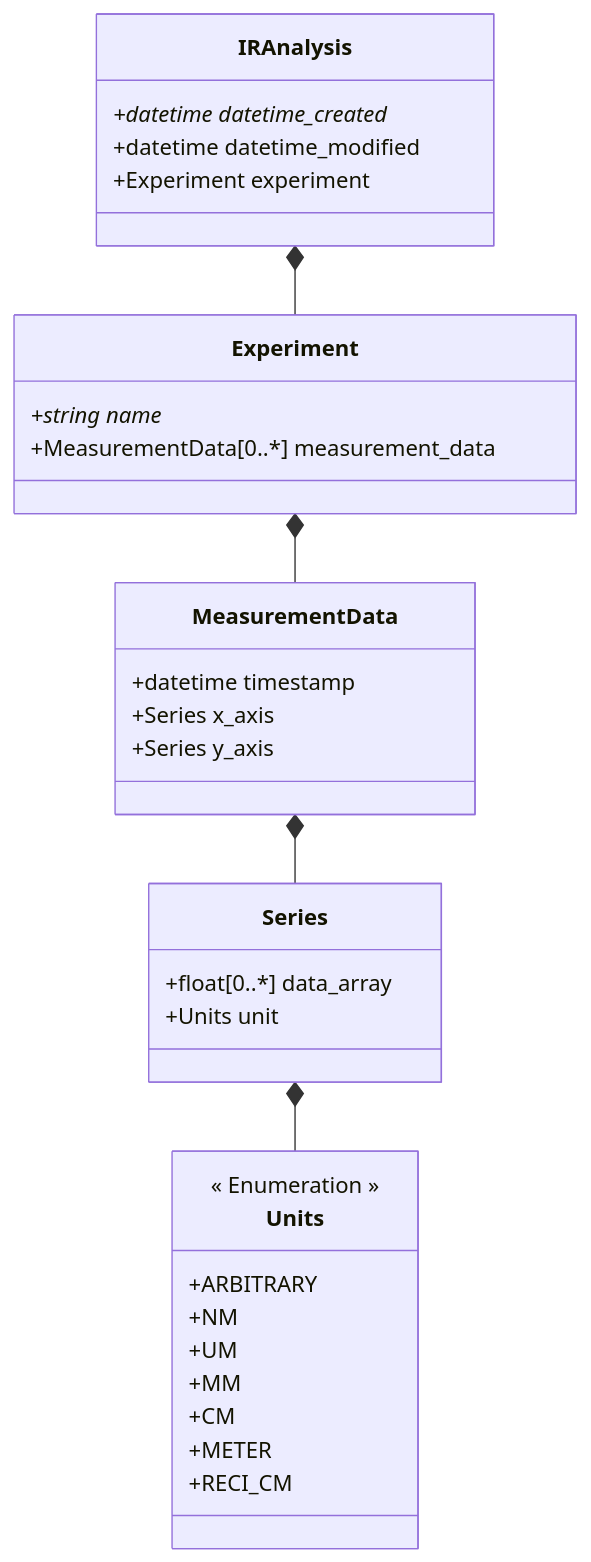
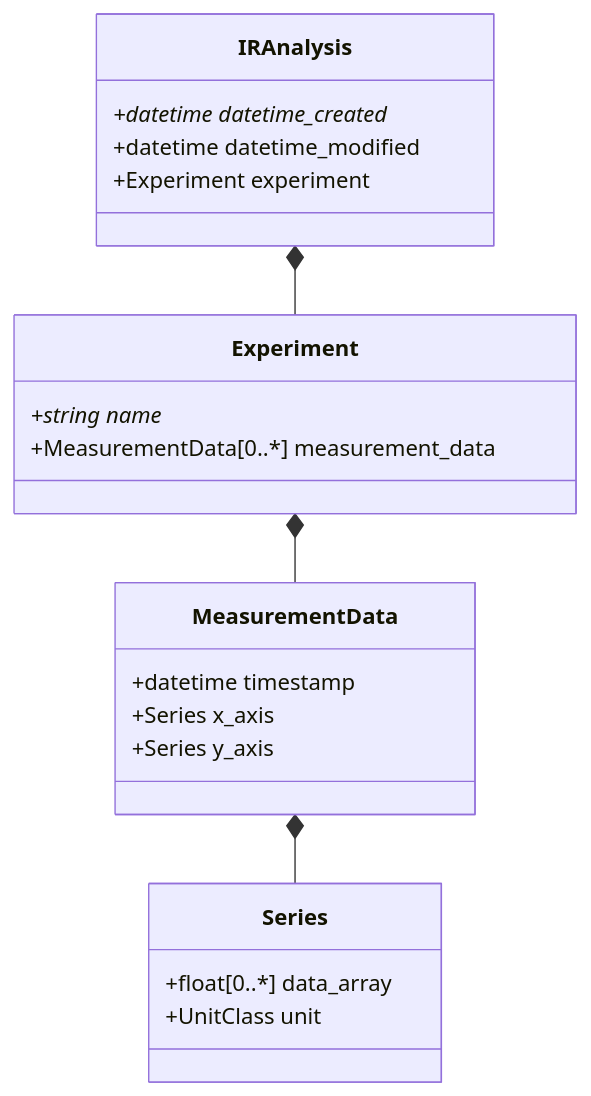
Before and after one commit to FAIRChemistry/IRAnalysis: the diagram in datamodel/schemes/datamodel_schema.md, drawn with Mermaid. The commit also changed 5 other files, not shown here.

````diff
--- a/datamodel/schemes/datamodel_schema.md
+++ b/datamodel/schemes/datamodel_schema.md
@@ -1,41 +1,29 @@
 ```mermaid
 classDiagram
     IRAnalysis *-- Experiment
     Experiment *-- MeasurementData
     MeasurementData *-- Series
-    Series *-- Units
     
     class IRAnalysis {
         +datetime datetime_created*
         +datetime datetime_modified
         +Experiment experiment
     }
     
     class Experiment {
         +string name*
         +MeasurementData[0..*] measurement_data
     }
     
     class MeasurementData {
         +datetime timestamp
         +Series x_axis
         +Series y_axis
     }
     
     class Series {
         +float[0..*] data_array
-        +Units unit
-    }
-    
-    class Units {
-        << Enumeration >>
-        +ARBITRARY
-        +NM
-        +UM
-        +MM
-        +CM
-        +METER
-        +RECI_CM
+        +UnitClass unit
     }
     
 ```
````
